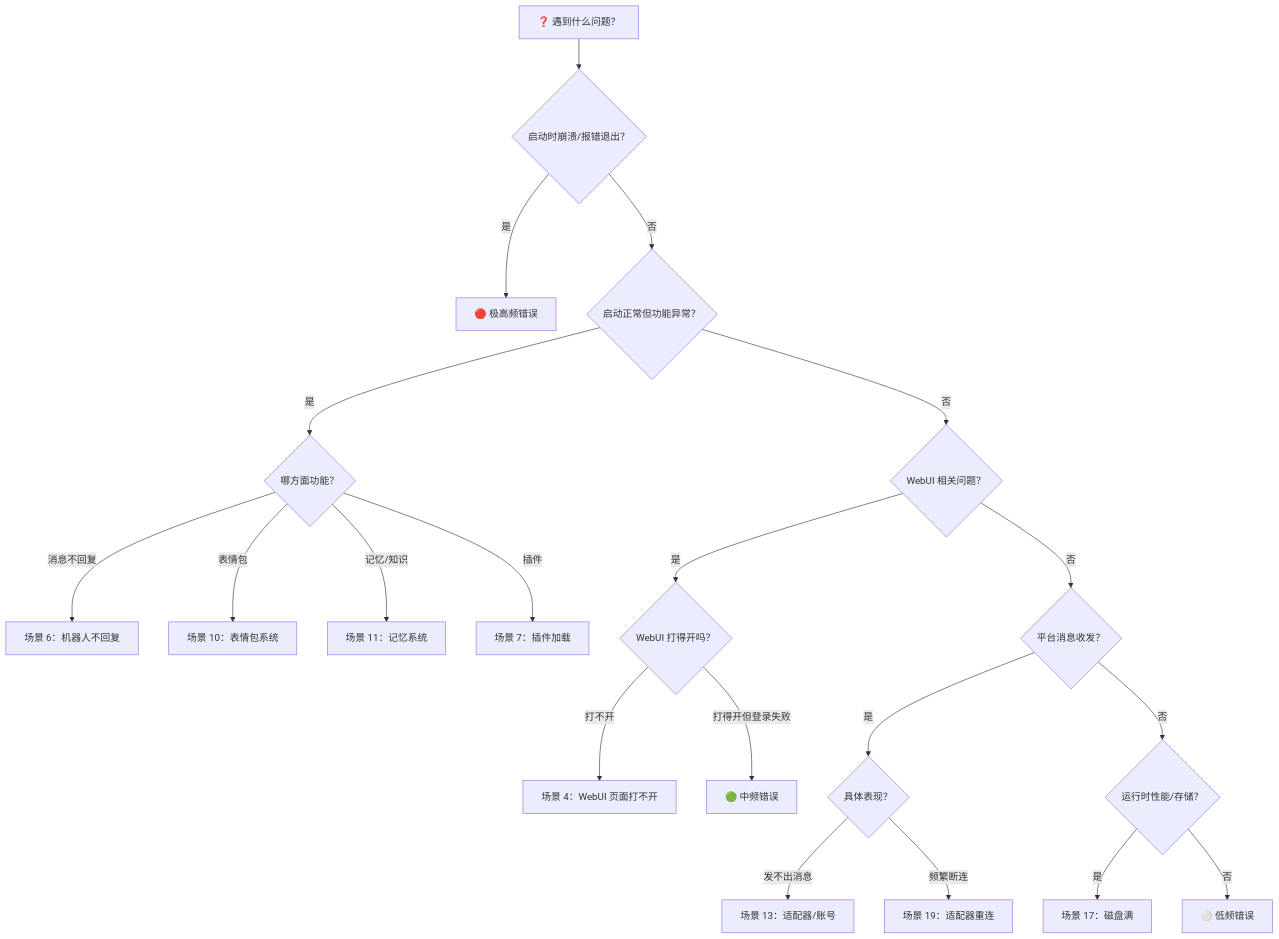
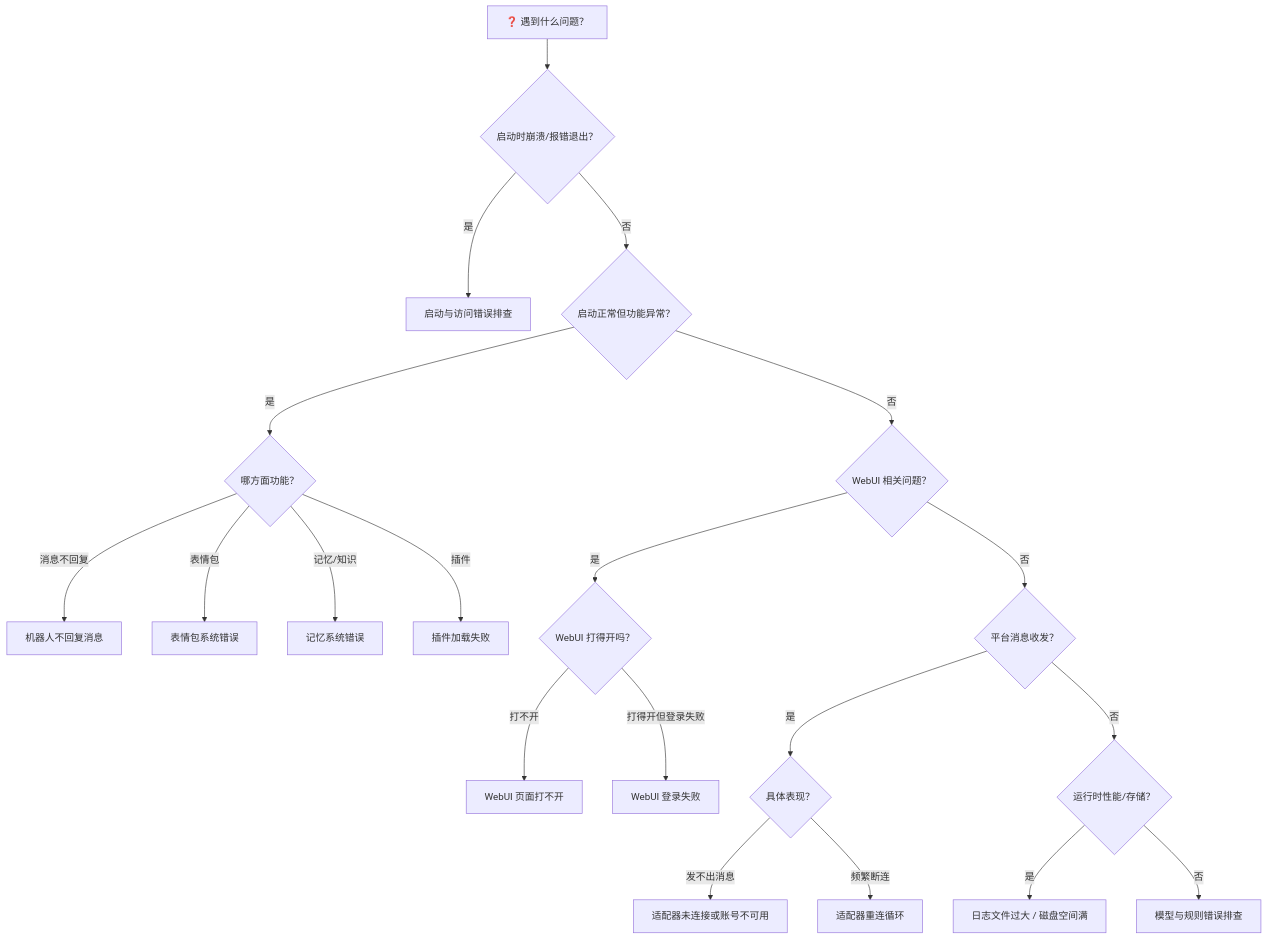
Before and after one commit to Mai-with-u/docs: the diagram in zh/faq/error-troubleshooting.md, drawn with Mermaid. The commit also changed other lines of this file and 169 other files, not shown here.

Commit message:
docs: 站点重构施工快照（contributing/troubleshooting/adapters 新章节、develop 收拢为接入路线、_redirects 迁移 public/）

````diff
--- a/zh/faq/error-troubleshooting.md
+++ b/zh/faq/error-troubleshooting.md
@@ -1389,33 +90,34 @@
 ```mermaid
 graph TD
     A[❓ 遇到什么问题？] --> B{启动时崩溃/报错退出？}
-    B -->|是| C[🔴 极高频错误]
+    B -->|是| C[启动与访问错误排查]
     B -->|否| D{启动正常但功能异常？}
     D -->|是| E{哪方面功能？}
-    E -->|消息不回复| F[场景 6：机器人不回复]
-    E -->|表情包| G[场景 10：表情包系统]
-    E -->|记忆/知识| H[场景 11：记忆系统]
-    E -->|插件| I[场景 7：插件加载]
+    E -->|消息不回复| F[机器人不回复消息]
+    E -->|表情包| G[表情包系统错误]
+    E -->|记忆/知识| H[记忆系统错误]
+    E -->|插件| I[插件加载失败]
     D -->|否| J{WebUI 相关问题？}
     J -->|是| K{WebUI 打得开吗？}
-    K -->|打不开| L[场景 4：WebUI 页面打不开]
-    K -->|打得开但登录失败| M[🟢 中频错误]
+    K -->|打不开| L[WebUI 页面打不开]
+    K -->|打得开但登录失败| M[WebUI 登录失败]
     J -->|否| N{平台消息收发？}
     N -->|是| O{具体表现？}
-    O -->|发不出消息| P[场景 13：适配器/账号]
-    O -->|频繁断连| Q[场景 19：适配器重连]
+    O -->|发不出消息| P[适配器未连接或账号不可用]
+    O -->|频繁断连| Q[适配器重连循环]
     N -->|否| R{运行时性能/存储？}
-    R -->|是| S[场景 17：磁盘满]
-    R -->|否| T[⚪ 低频错误]
+    R -->|是| S[日志文件过大 / 磁盘空间满]
+    R -->|否| T[模型与规则错误排查]
 
-    click C "scenario-1"
-    click F "scenario-6"
-    click G "scenario-10"
-    click H "scenario-11"
-    click I "scenario-7"
-    click L "scenario-4"
-    click M "scenario-12"
-    click P "scenario-13"
-    click Q "scenario-19"
-    click S "scenario-17"
+    click C "/faq/troubleshooting-startup"
+    click F "/faq/troubleshooting-runtime#机器人不回复消息"
+    click G "/faq/troubleshooting-runtime#表情包系统错误"
+    click H "/faq/troubleshooting-runtime#记忆系统错误"
+    click I "/faq/troubleshooting-plugins-adapters#插件加载失败"
+    click L "/faq/troubleshooting-startup#webui-页面打不开"
+    click M "/faq/troubleshooting-startup#webui-登录失败-token-过期"
+    click P "/faq/troubleshooting-plugins-adapters#适配器未连接或账号不可用"
+    click Q "/faq/troubleshooting-plugins-adapters#适配器-websocket-断开重连循环"
+    click S "/faq/troubleshooting-runtime#日志文件过大-磁盘空间满"
+    click T "/faq/troubleshooting-model"
 ```
````
